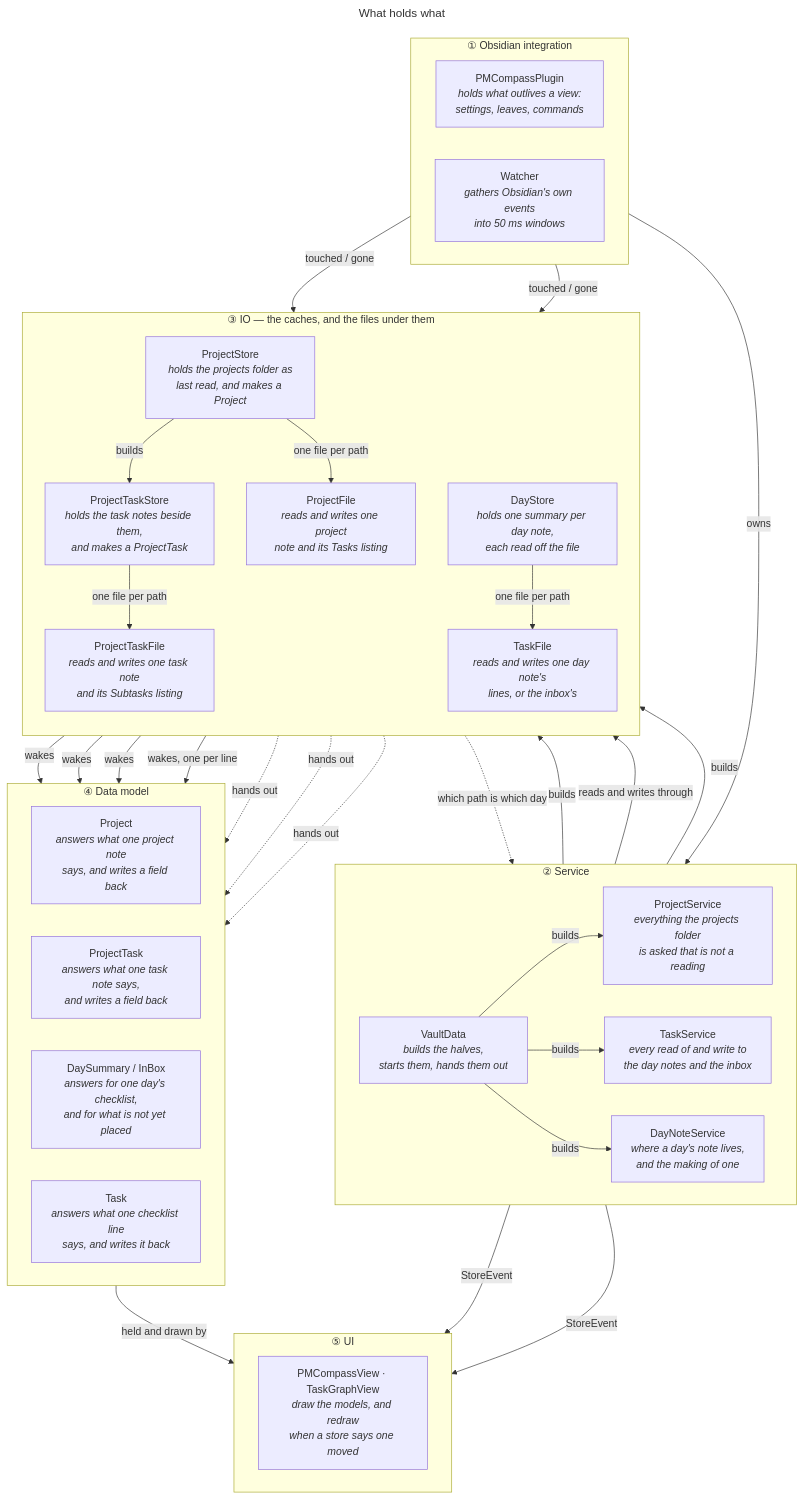
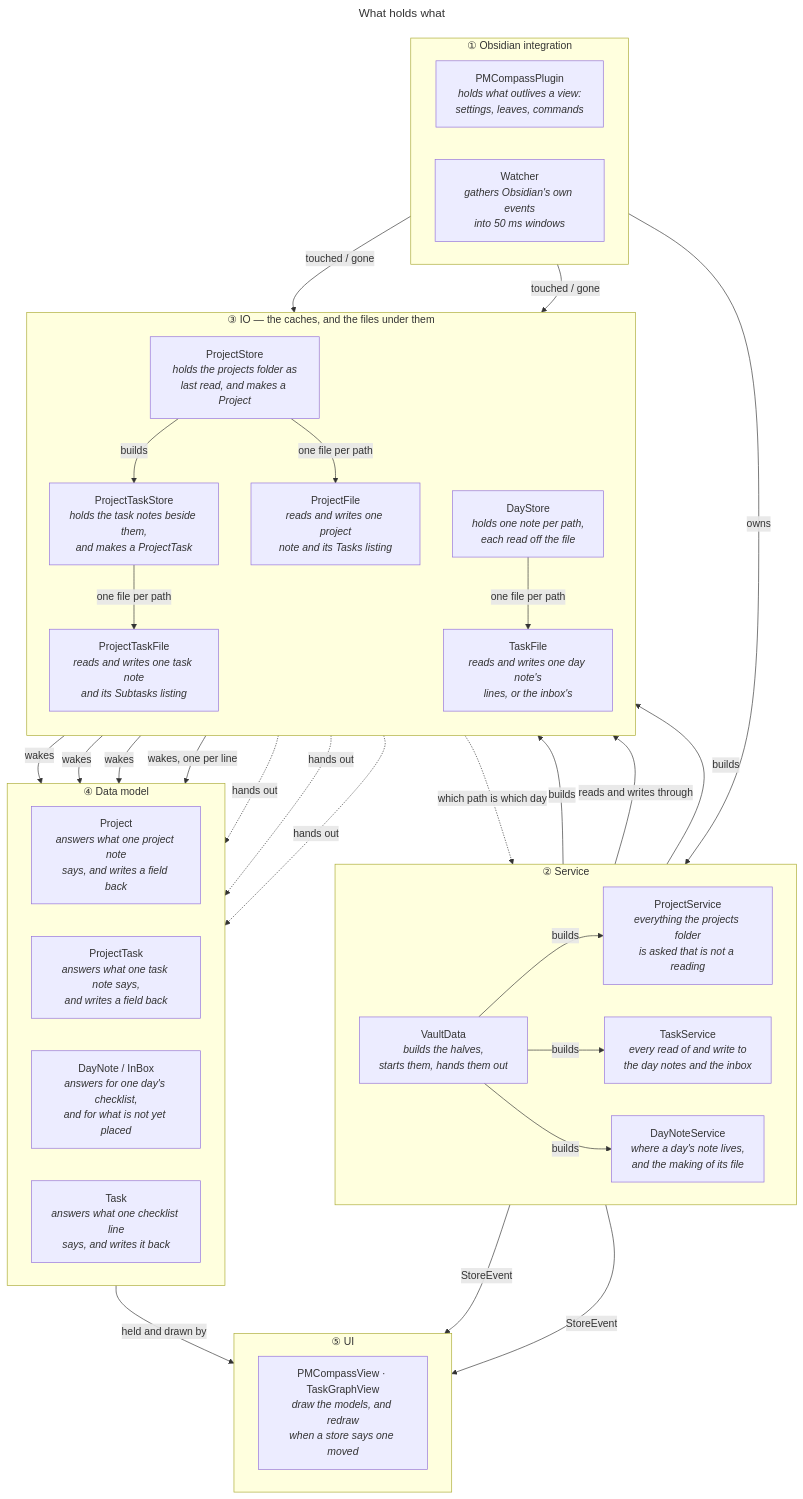
The diagram in docs/technical/diagrams/overview.mmd (Laurent-Ferier/pm-compass), drawn with Mermaid before and after one commit. The commit also changed 34 other files, not shown here.

First line of the commit message:
refactor: a day note is what a day note is called

```diff
--- a/docs/technical/diagrams/overview.mmd
+++ b/docs/technical/diagrams/overview.mmd
@@ -1,69 +1,69 @@
 ---
 title: What holds what
 ---
 graph TB
   subgraph obsidian["① Obsidian integration"]
     direction LR
     Plugin["PMCompassPlugin<br/><i>holds what outlives a view:<br/>settings, leaves, commands</i>"]
     Watcher["Watcher<br/><i>gathers Obsidian's own events<br/>into 50 ms windows</i>"]
   end
 
   subgraph service["② Service"]
     direction LR
     Vault["VaultData<br/><i>builds the halves,<br/>starts them, hands them out</i>"]
     Tasks["TaskService<br/><i>every read of and write to<br/>the day notes and the inbox</i>"]
     Projects["ProjectService<br/><i>everything the projects folder<br/>is asked that is not a reading</i>"]
-    DayNotes["DayNoteService<br/><i>where a day's note lives,<br/>and the making of one</i>"]
+    DayNotes["DayNoteService<br/><i>where a day's note lives,<br/>and the making of its file</i>"]
   end
 
   subgraph io["③ IO — the caches, and the files under them"]
     direction TB
     ProjectStore["ProjectStore<br/><i>holds the projects folder as<br/>last read, and makes a Project</i>"]
     ProjectTaskStore["ProjectTaskStore<br/><i>holds the task notes beside them,<br/>and makes a ProjectTask</i>"]
-    Days["DayStore<br/><i>holds one summary per day note,<br/>each read off the file</i>"]
+    Days["DayStore<br/><i>holds one note per path,<br/>each read off the file</i>"]
     ProjectFile["ProjectFile<br/><i>reads and writes one project<br/>note and its Tasks listing</i>"]
     ProjectTaskFile["ProjectTaskFile<br/><i>reads and writes one task note<br/>and its Subtasks listing</i>"]
     TaskFile["TaskFile<br/><i>reads and writes one day note's<br/>lines, or the inbox's</i>"]
   end
 
   subgraph models["④ Data model"]
     direction LR
     Project["Project<br/><i>answers what one project note<br/>says, and writes a field back</i>"]
     ProjectTask["ProjectTask<br/><i>answers what one task note says,<br/>and writes a field back</i>"]
-    DaySummary["DaySummary / InBox<br/><i>answers for one day's checklist,<br/>and for what is not yet placed</i>"]
+    DayNote["DayNote / InBox<br/><i>answers for one day's checklist,<br/>and for what is not yet placed</i>"]
     Task["Task<br/><i>answers what one checklist line<br/>says, and writes it back</i>"]
   end
 
   subgraph ui["⑤ UI"]
     direction LR
     Views["PMCompassView · TaskGraphView<br/><i>draw the models, and redraw<br/>when a store says one moved</i>"]
   end
 
   Plugin -->|owns| Vault
   Watcher -->|touched / gone| ProjectStore
   Watcher -->|touched / gone| Days
 
   Vault -->|builds| ProjectStore
   Vault -->|builds| Projects
   Vault -->|builds| Tasks
   Vault -->|builds| DayNotes
   Projects -->|reads and writes through| ProjectStore
   ProjectStore -->|builds| ProjectTaskStore
   Tasks -->|builds| Days
   Days -.->|which path is which day| DayNotes
   ProjectStore -->|one file per path| ProjectFile
   ProjectTaskStore -->|one file per path| ProjectTaskFile
   Days -->|one file per path| TaskFile
 
   ProjectFile -->|wakes| Project
   ProjectTaskFile -->|wakes| ProjectTask
-  TaskFile -->|wakes| DaySummary
+  TaskFile -->|wakes| DayNote
   TaskFile -->|wakes, one per line| Task
 
   ProjectStore -.->|hands out| Project
   ProjectTaskStore -.->|hands out| ProjectTask
-  Days -.->|hands out| DaySummary
+  Days -.->|hands out| DayNote
 
   models -->|held and drawn by| Views
   Projects -->|StoreEvent| Views
   Tasks -->|StoreEvent| Views
```
